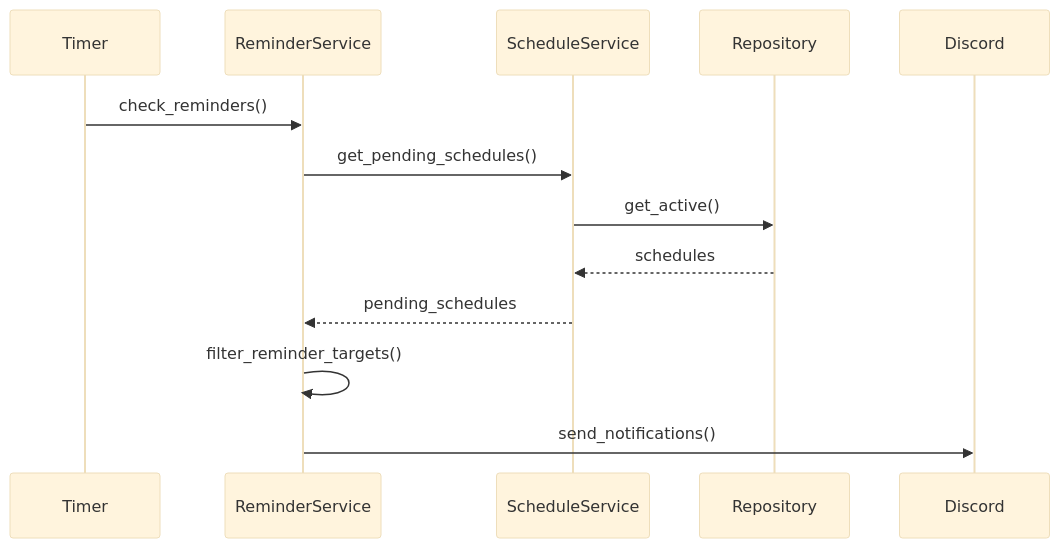
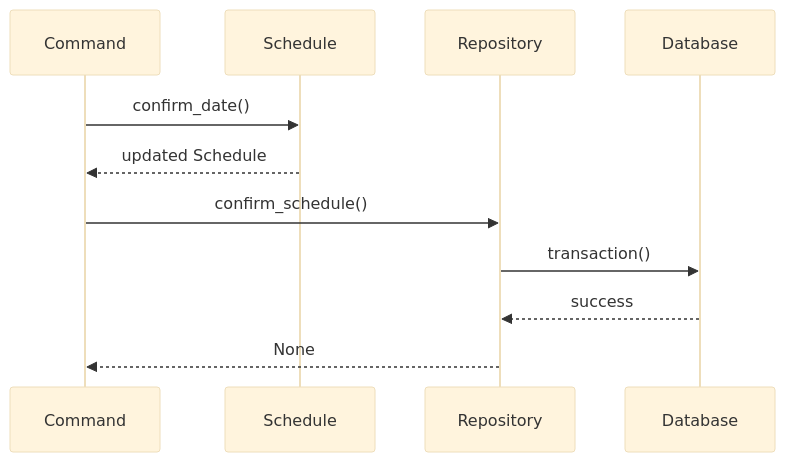
Before and after one commit to nissy242424/SimpleScheduleDiscordBot: the third of 4 diagrams in docs/MODULES.md, drawn with Mermaid (base theme). The commit also changed other lines of this file and 4 other files, not shown here.

````diff
--- a/docs/MODULES.md
+++ b/docs/MODULES.md
@@ -208,15 +156,14 @@
 ```mermaid
 sequenceDiagram
-    participant Timer
-    participant ReminderService
-    participant ScheduleService
+    participant Command
+    participant Schedule
     participant Repository
+    participant Database
 
-    Timer->>ReminderService: check_reminders()
-    ReminderService->>ScheduleService: get_pending_schedules()
-    ScheduleService->>Repository: get_active()
-    Repository-->>ScheduleService: schedules
-    ScheduleService-->>ReminderService: pending_schedules
-    ReminderService->>ReminderService: filter_reminder_targets()
-    ReminderService->>Discord: send_notifications()
+    Command->>Schedule: confirm_date()
+    Schedule-->>Command: updated Schedule
+    Command->>Repository: confirm_schedule()
+    Repository->>Database: transaction()
+    Database-->>Repository: success
+    Repository-->>Command: None
 ```
````
